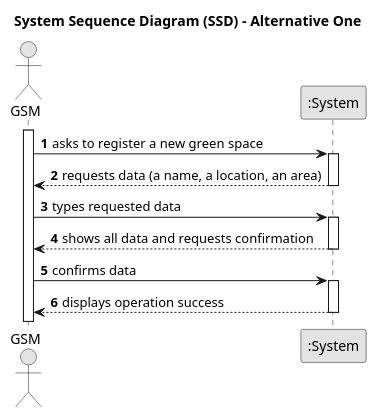
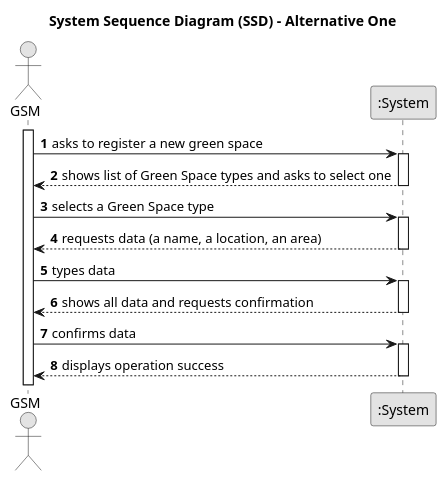
Before and after one commit to rpedros02/lei-24-s2-1DL-g08: the diagram in docs/sprintC/us020/01.requirements-engineering/puml/us020-sequence_diagram.puml, drawn with PlantUML. The commit also changed 11 other files, not shown here.

```diff
--- a/docs/sprintC/us020/01.requirements-engineering/puml/us020-sequence_diagram.puml
+++ b/docs/sprintC/us020/01.requirements-engineering/puml/us020-sequence_diagram.puml
@@ -1,33 +1,39 @@
 @startuml
 skinparam monochrome true
 skinparam packageStyle rectangle
 skinparam shadowing false
 
 title System Sequence Diagram (SSD) - Alternative One
 
 autonumber
 
 actor "GSM" as Employee
 participant ":System" as System
 
 activate Employee
 
     Employee -> System : asks to register a new green space
     activate System
 
+        System --> Employee : shows list of Green Space types and asks to select one
+    deactivate System
+
+    Employee -> System : selects a Green Space type
+    activate System
+
         System --> Employee : requests data (a name, a location, an area)
     deactivate System
 
-    Employee -> System : types requested data
+    Employee -> System : types data
     activate System
 
         System --> Employee : shows all data and requests confirmation
     deactivate System
 
     Employee -> System : confirms data
-    activate System
+        activate System
 
         System --> Employee : displays operation success
-    deactivate System
+            deactivate System
 
 @enduml
```
